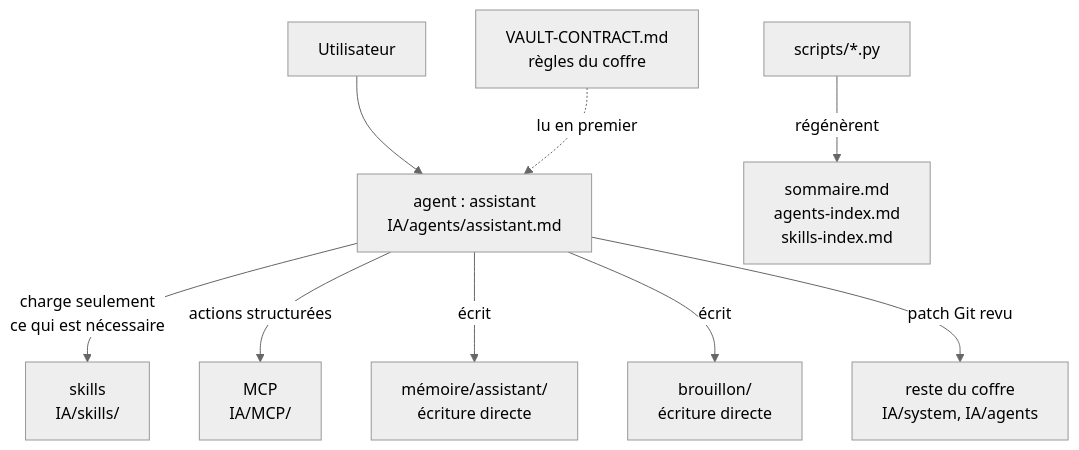
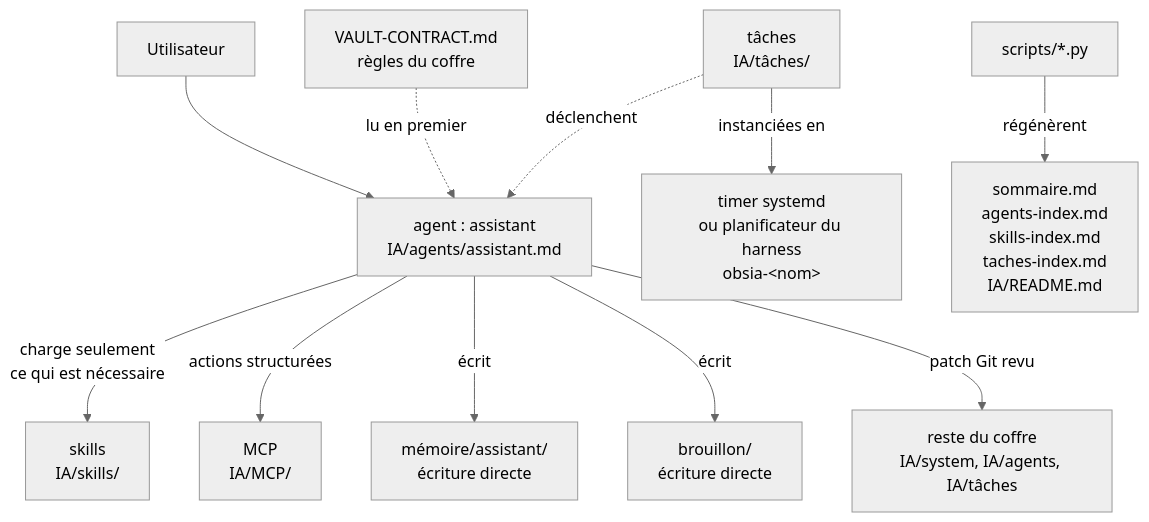
The diagram in brouillon/schema-fonctionnement-obsia.md (kevines-ods/OBSIA), drawn with Mermaid (neutral theme) before and after one commit. The commit also changed other lines of this file and 14 other files, not shown here.

````diff
--- a/brouillon/schema-fonctionnement-obsia.md
+++ b/brouillon/schema-fonctionnement-obsia.md
@@ -9,11 +9,13 @@
 ```mermaid
 graph TD
   U["Utilisateur"] --> A["agent : assistant<br/>IA/agents/assistant.md"]
   C["VAULT-CONTRACT.md<br/>règles du coffre"] -.lu en premier.-> A
   A -->|charge seulement<br/>ce qui est nécessaire| S["skills<br/>IA/skills/"]
   A -->|actions structurées| M["MCP<br/>IA/MCP/"]
   A -->|écrit| ME["mémoire/assistant/<br/>écriture directe"]
   A -->|écrit| B["brouillon/<br/>écriture directe"]
-  A -->|patch Git revu| P["reste du coffre<br/>IA/system, IA/agents"]
-  SC["scripts/*.py"] -->|régénèrent| G["sommaire.md<br/>agents-index.md<br/>skills-index.md"]
+  A -->|patch Git revu| P["reste du coffre<br/>IA/system, IA/agents, IA/tâches"]
+  T["tâches<br/>IA/tâches/"] -.déclenchent.-> A
+  T -->|instanciées en| I["timer systemd<br/>ou planificateur du harness<br/>obsia-&lt;nom&gt;"]
+  SC["scripts/*.py"] -->|régénèrent| G["sommaire.md<br/>agents-index.md<br/>skills-index.md<br/>taches-index.md<br/>IA/README.md"]
 ```
````
